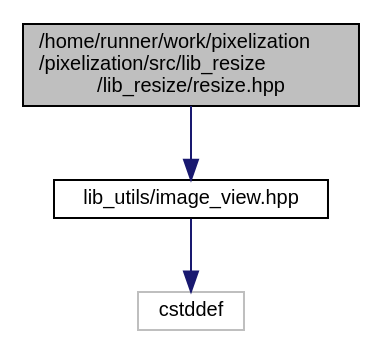
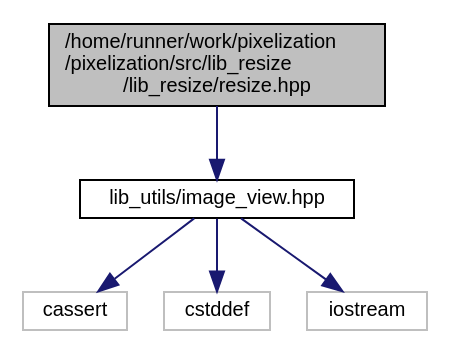
One commit to lukki15/pixelization changed the diagram in resize_8hpp__incl.dot. Above: the diagram before and after it, drawn with Graphviz. The commit also changed 43 other files, not shown here.

```diff
--- a/resize_8hpp__incl.dot
+++ b/resize_8hpp__incl.dot
@@ -1,11 +1,15 @@
 digraph "/home/runner/work/pixelization/pixelization/src/lib_resize/lib_resize/resize.hpp"
 {
  // LATEX_PDF_SIZE
   edge [fontname="Helvetica",fontsize="10",labelfontname="Helvetica",labelfontsize="10"];
   node [fontname="Helvetica",fontsize="10",shape=record];
   Node1 [label="/home/runner/work/pixelization\l/pixelization/src/lib_resize\l/lib_resize/resize.hpp",height=0.2,width=0.4,color="black", fillcolor="grey75", style="filled", fontcolor="black",tooltip=" "];
   Node1 -> Node2 [color="midnightblue",fontsize="10",style="solid",fontname="Helvetica"];
   Node2 [label="lib_utils/image_view.hpp",height=0.2,width=0.4,color="black", fillcolor="white", style="filled",URL="$image__view_8hpp.html",tooltip=" "];
   Node2 -> Node3 [color="midnightblue",fontsize="10",style="solid",fontname="Helvetica"];
-  Node3 [label="cstddef",height=0.2,width=0.4,color="grey75", fillcolor="white", style="filled",tooltip=" "];
+  Node3 [label="cassert",height=0.2,width=0.4,color="grey75", fillcolor="white", style="filled",tooltip=" "];
+  Node2 -> Node4 [color="midnightblue",fontsize="10",style="solid",fontname="Helvetica"];
+  Node4 [label="cstddef",height=0.2,width=0.4,color="grey75", fillcolor="white", style="filled",tooltip=" "];
+  Node2 -> Node5 [color="midnightblue",fontsize="10",style="solid",fontname="Helvetica"];
+  Node5 [label="iostream",height=0.2,width=0.4,color="grey75", fillcolor="white", style="filled",tooltip=" "];
 }
```
